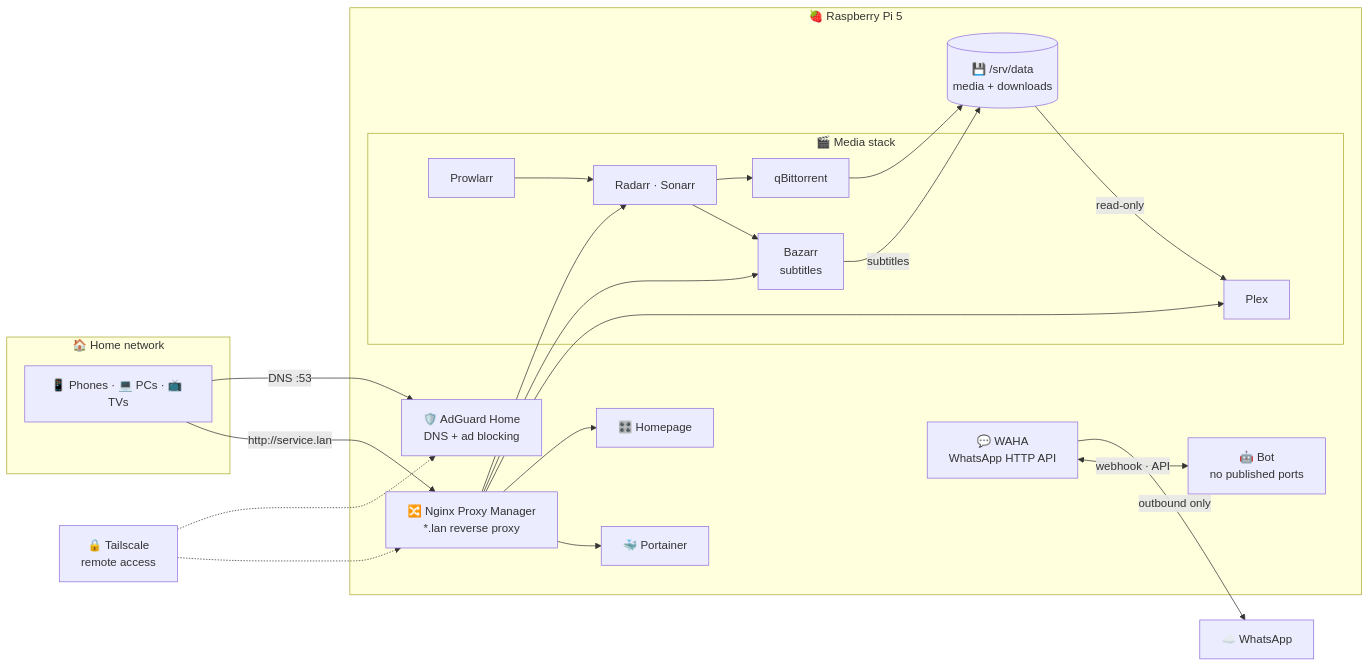
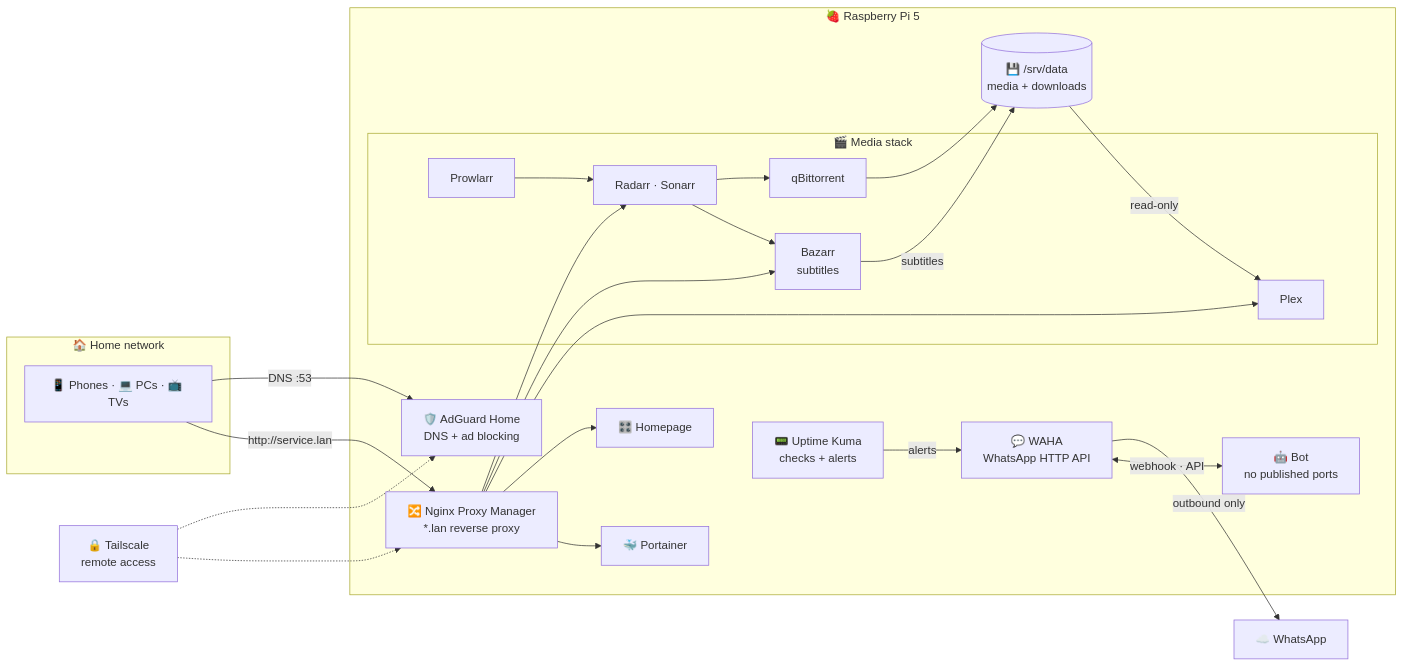
Before and after one commit to Whuaxu/DjBerry-Homelab: the diagram in README.md, drawn with Mermaid. The commit also changed other lines of this file and 2 other files, not shown here.

Commit message:
feat(uptime-kuma): Added Uptime Kuma stack with rootless slim image and documented it in README and root compose

````diff
--- a/README.md
+++ b/README.md
@@ -45,40 +46,42 @@
 ```mermaid
 flowchart LR
     subgraph home["🏠 Home network"]
         D["📱 Phones · 💻 PCs · 📺 TVs"]
     end
     VPN["🔒 Tailscale<br/>remote access"]
 
     subgraph pi["🍓 Raspberry Pi 5"]
         AG["🛡️ AdGuard Home<br/>DNS + ad blocking"]
         NPM["🔀 Nginx Proxy Manager<br/>*.lan reverse proxy"]
         HP["🎛️ Homepage"]
         PT["🐳 Portainer"]
 
         subgraph media["🎬 Media stack"]
             PR["Prowlarr"]
             RS["Radarr · Sonarr"]
             BZ["Bazarr<br/>subtitles"]
             QB["qBittorrent"]
             PX["Plex"]
         end
 
         DATA[("💾 /srv/data<br/>media + downloads")]
 
+        UK["📟 Uptime Kuma<br/>checks + alerts"]
         WA["💬 WAHA<br/>WhatsApp HTTP API"]
         BOT["🤖 Bot<br/>no published ports"]
     end
 
     WAC["☁️ WhatsApp"]
 
     D -- "DNS :53" --> AG
     D -- "http://service.lan" --> NPM
     VPN -.-> AG
     VPN -.-> NPM
     NPM --> HP & PT & RS & BZ & PX
     PR --> RS --> QB --> DATA
     RS --> BZ -- "subtitles" --> DATA
     DATA -- "read-only" --> PX
     WA -- "outbound only" --> WAC
     WA <-- "webhook · API" --> BOT
+    UK -- "alerts" --> WA
 ```
````
